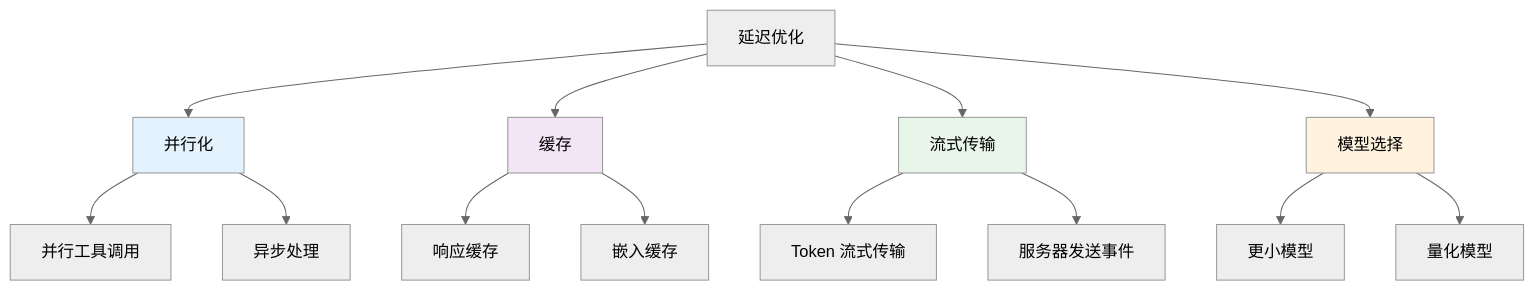
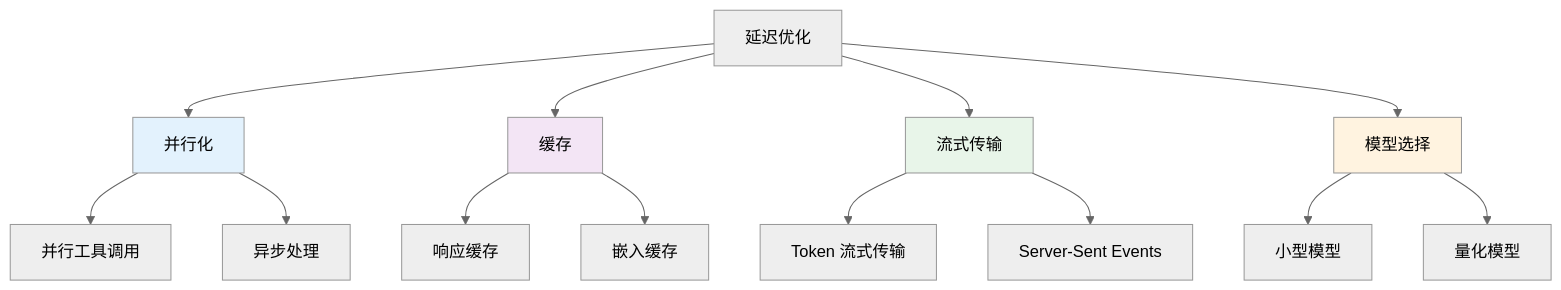
The third of 3 diagrams in i18n/zh-Hans/docusaurus-plugin-content-docs/current/ai/agents/engineering.mdx (YiWang24/AiDIY), drawn with Mermaid (neutral theme) before and after one commit. The commit also changed other lines of this file and 59 other files, not shown here.

````diff
--- a/i18n/zh-Hans/docusaurus-plugin-content-docs/current/ai/agents/engineering.mdx
+++ b/i18n/zh-Hans/docusaurus-plugin-content-docs/current/ai/agents/engineering.mdx
@@ -468,24 +333,24 @@
 ```mermaid
 flowchart TB
     L[延迟优化] --> P[并行化]
     L --> C[缓存]
     L --> S[流式传输]
     L --> M[模型选择]
 
     P --> P1[并行工具调用]
     P --> P2[异步处理]
 
     C --> C1[响应缓存]
     C --> C2[嵌入缓存]
 
     S --> S1[Token 流式传输]
-    S --> S2[服务器发送事件]
+    S --> S2[Server-Sent Events]
 
-    M --> M1[更小模型]
+    M --> M1[小型模型]
     M --> M2[量化模型]
 
     style P fill:#e3f2fd
     style C fill:#f3e5f5
     style S fill:#e8f5e9
     style M fill:#fff3e0
 ```
````
